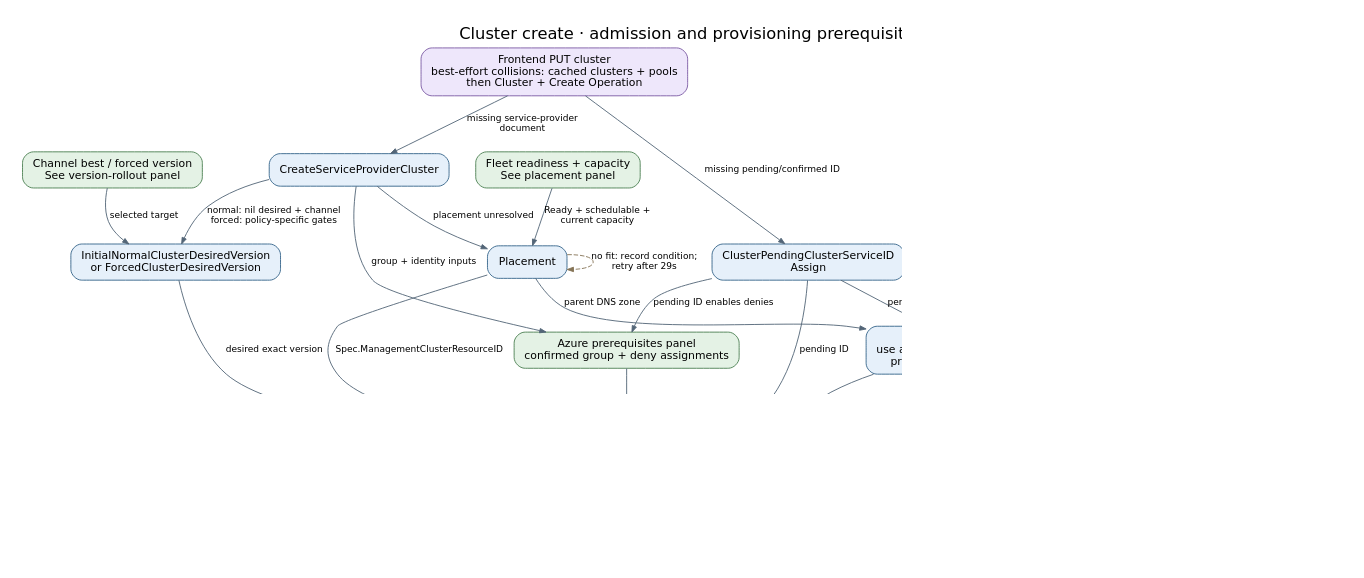
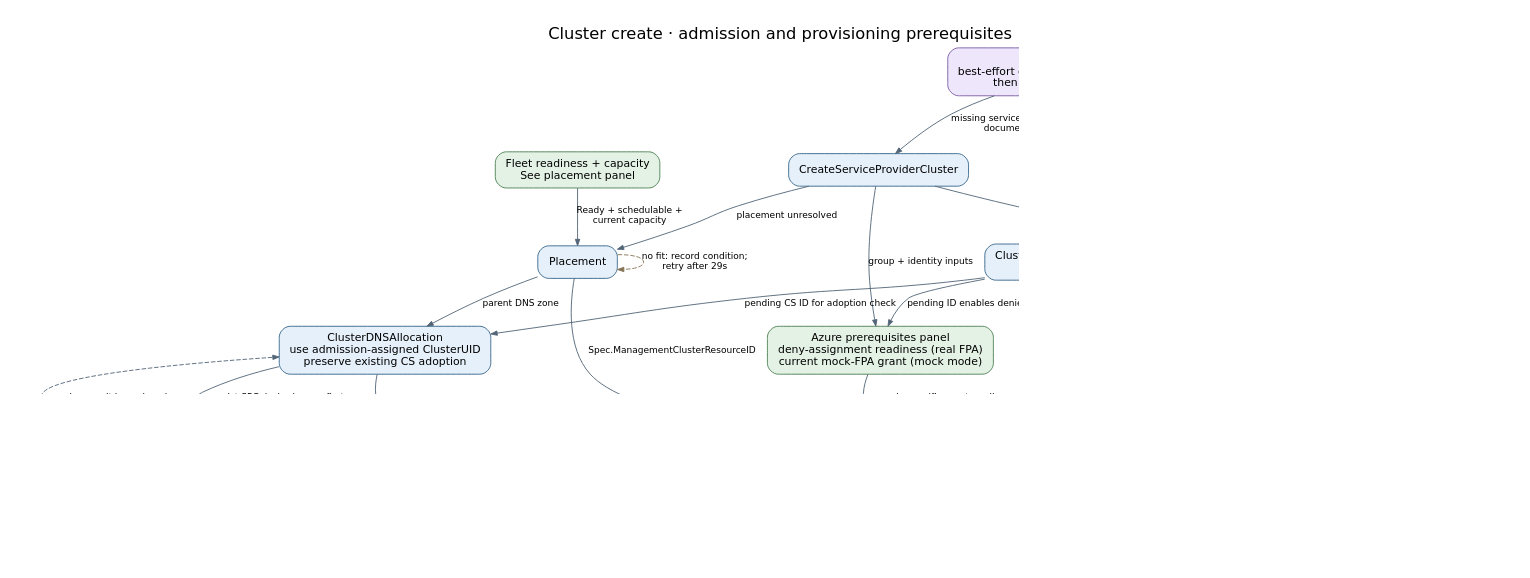
Before and after one commit to Azure/ARO-HCP: the diagram in docs/generated/diagrams/controller-flows/cluster-create.dot, drawn with Graphviz. The commit also changed 44 other files, not shown here.

```diff
--- a/docs/generated/diagrams/controller-flows/cluster-create.dot
+++ b/docs/generated/diagrams/controller-flows/cluster-create.dot
@@ -1,37 +1,41 @@
 digraph cluster_create {
   graph [rankdir=TB, bgcolor="white", pad="0.3", nodesep="0.4", ranksep="0.55", fontname="DejaVu Sans", fontsize=18, labelloc=t, label="Cluster create · admission and provisioning prerequisites", dpi=110];
   node [shape=box, style="rounded,filled", fillcolor="#e6f0fa", color="#35648a", fontname="DejaVu Sans", fontsize=12, margin="0.16,0.10"];
   edge [color="#536577", fontname="DejaVu Sans", fontsize=10, arrowsize=0.7];
   put [label="Frontend PUT cluster\nbest-effort collisions: cached clusters + pools\nthen Cluster + Create Operation", fillcolor="#eee7fb", color="#7b59a4"];
   sp [label="CreateServiceProviderCluster", fillcolor="#e6f0fa", color="#35648a"];
   id [label="ClusterPendingClusterServiceID\nAssign", fillcolor="#e6f0fa", color="#35648a"];
   ver [label="InitialNormalClusterDesiredVersion\nor ForcedClusterDesiredVersion", fillcolor="#e6f0fa", color="#35648a"];
   rollout [label="Channel best / forced version\nSee version-rollout panel", fillcolor="#e4f2e5", color="#4c8053"];
   place [label="Placement", fillcolor="#e6f0fa", color="#35648a"];
   fleet [label="Fleet readiness + capacity\nSee placement panel", fillcolor="#e4f2e5", color="#4c8053"];
-  azure [label="Azure prerequisites panel\nconfirmed group + deny assignments", fillcolor="#e4f2e5", color="#4c8053"];
-  create [label="ClusterClusterServiceCreate", fillcolor="#e6f0fa", color="#35648a"];
+  azure [label="Azure prerequisites panel\ndeny-assignment readiness (real FPA)\ncurrent mock-FPA grant (mock mode)", fillcolor="#e4f2e5", color="#4c8053"];
+  create [label="ClusterClusterServiceCreate\nALL incoming prerequisites required\nDNS only for new POST", fillcolor="#e6f0fa", color="#35648a"];
+  federation [label="Data-plane OIDC federation panel\nall required operators: target identity ensured\nlast observation, not live Azure health", fillcolor="#e4f2e5", color="#4c8053"];
   cs [label="Cluster Service cluster exists\nClusterServiceID confirmed\nContinue in convergence panel", fillcolor="#e4f2e5", color="#4c8053"];
   put -> sp [label="missing service-provider\ndocument"];
   put -> id [label="missing pending/confirmed ID"];
   sp -> ver [label="normal: nil desired + channel\nforced: policy-specific gates"];
   rollout -> ver [label="selected target"];
   sp -> place [label="placement unresolved"];
   fleet -> place [label="Ready + schedulable +\ncurrent capacity"];
   place -> place [label="no fit: record condition;\nretry after 29s", style=dashed, color="#857456", constraint=false];
   sp -> azure [label="group + identity inputs"];
   id -> azure [label="pending ID enables denies"];
   id -> create [label="pending ID"];
+  id -> federation [label="pending ID permits credential naming"];
+  put -> federation [label="desired operator identities"];
+  federation -> create [label="required before adoption / POST\nAND other prerequisites"];
   ver -> create [label="desired exact version"];
   place -> create [label="Spec.ManagementClusterResourceID"];
-  azure -> create [label="deny precondition if enabled"];
+  azure -> create [label="mode-specific grant readiness\nAND all other creation prerequisites"];
   allocation [label="ClusterDNSAllocation\nuse admission-assigned ClusterUID\npreserve existing CS adoption", fillcolor="#e6f0fa", color="#35648a"];
   claims [label="Fleet DNS claim\nparent zone + five-character slug\nowner = ARO ClusterUID", fillcolor="#e4f2e5", color="#4c8053"];
   place -> allocation [label="parent DNS zone"];
   id -> allocation [label="pending CS ID for adoption check"];
   allocation -> claims [label="persist SPC desired name first;\ncreate claim in separate reconcile"];
   claims -> allocation [label="owned: commit base domain\nconflict: choose another", style=dashed];
   allocation -> create [label="new POST only: persisted prefix + base domain"];
   create -> cs [label="adopt before DNS gate or POST allocated name;\npersist CS ID in same reconcile"];
   create -> create [label="missing prerequisite: wait", style=dashed, color="#857456", constraint=false];
 }
```
